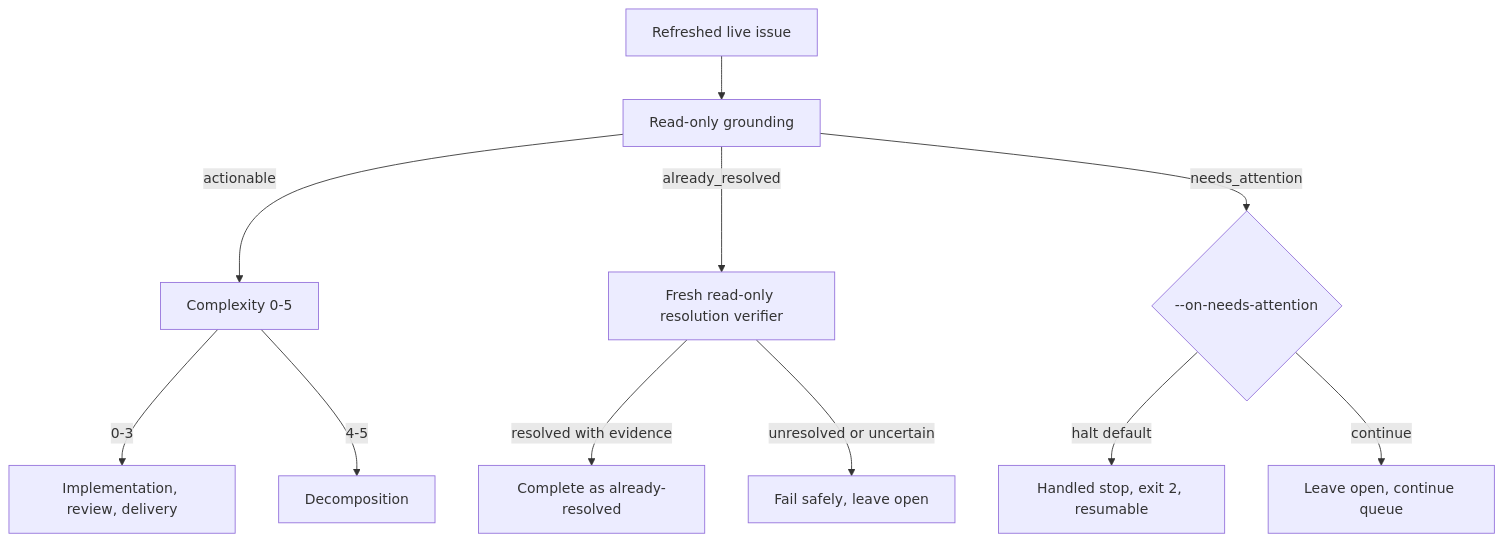
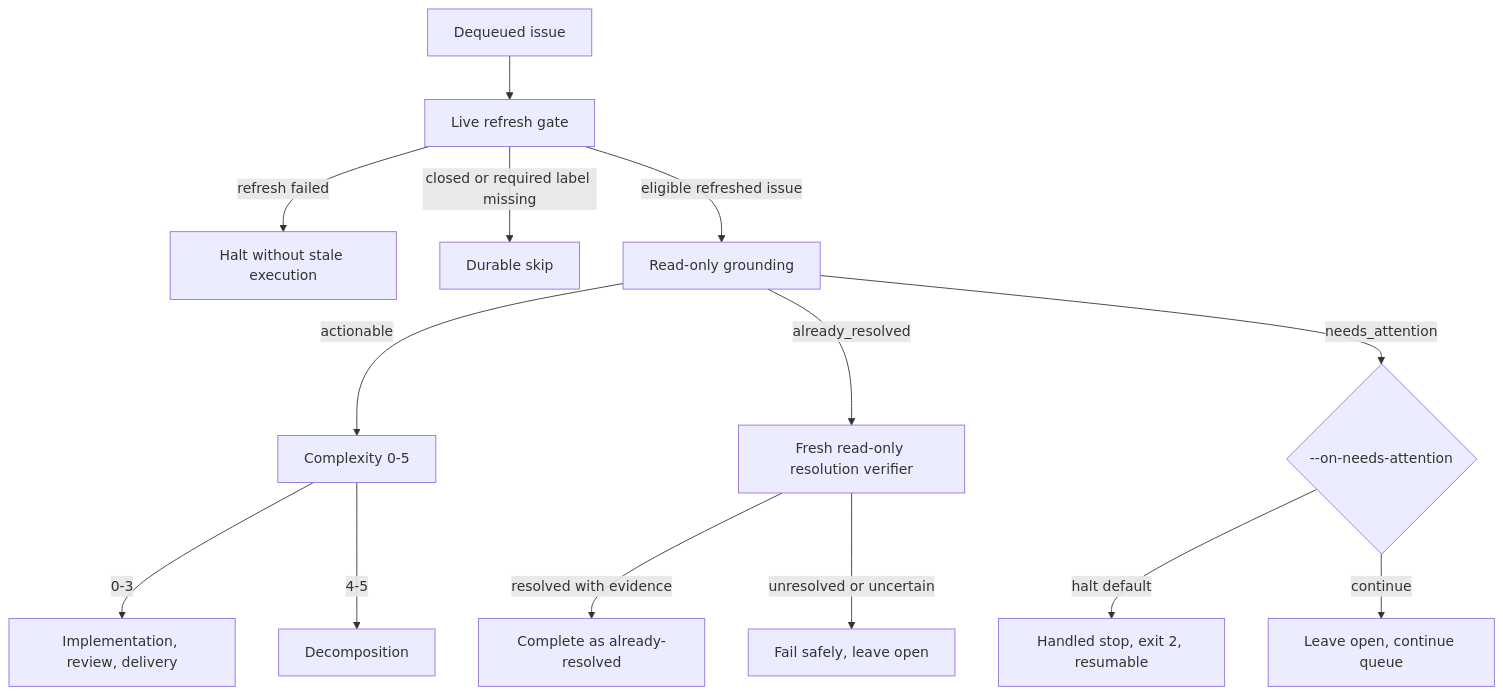
One commit to beremaran/ralphie changed the diagram in README.md. Above: the diagram before and after it, drawn with Mermaid. The commit also changed other lines of this file and 1 other file, not shown here.

First line of the commit message:
Document refresh-gated routing and safe issue outcomes

````diff
--- a/README.md
+++ b/README.md
@@ -221,13 +224,16 @@
 ```mermaid
 flowchart TD
-    A[Refreshed live issue] --> G[Read-only grounding]
+    A[Dequeued issue] --> R[Live refresh gate]
+    R -->|refresh failed| E[Halt without stale execution]
+    R -->|closed or required label missing| S[Durable skip]
+    R -->|eligible refreshed issue| G[Read-only grounding]
     G -->|actionable| C[Complexity 0-5]
     G -->|already_resolved| V[Fresh read-only resolution verifier]
     G -->|needs_attention| D{--on-needs-attention}
     D -->|halt default| H[Handled stop, exit 2, resumable]
     D -->|continue| Q[Leave open, continue queue]
     C -->|0-3| I[Implementation, review, delivery]
     C -->|4-5| X[Decomposition]
     V -->|resolved with evidence| O[Complete as already-resolved]
     V -->|unresolved or uncertain| F[Fail safely, leave open]
 ```
````
